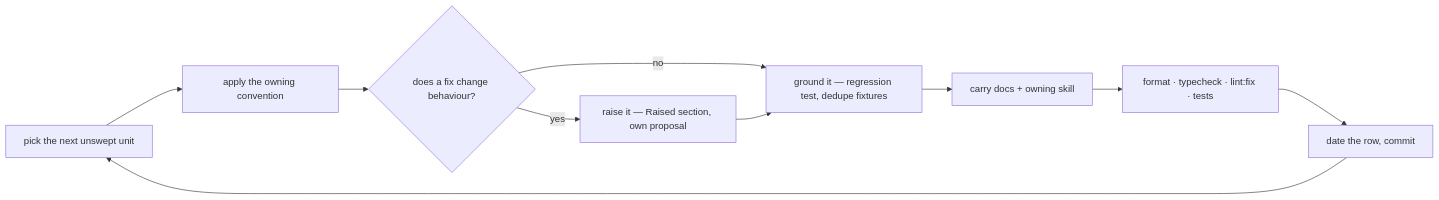
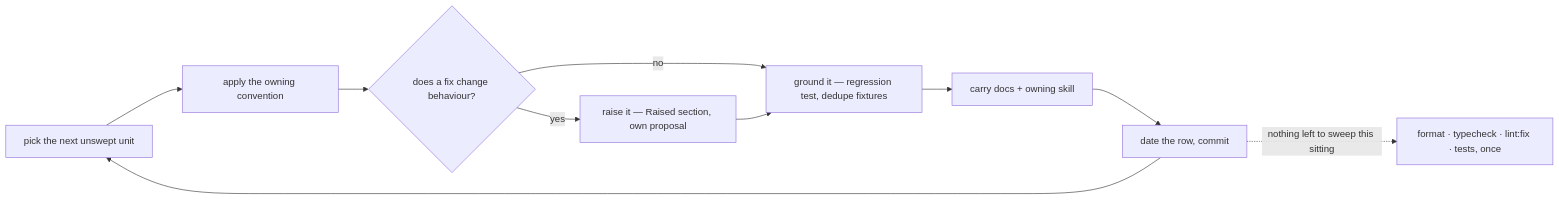
One commit to Esposter/Esposter changed the diagram in .agents/skills/sweeps/SKILL.md. Above: the diagram before and after it, drawn with Mermaid. The commit also changed 8 other files, not shown here.

````diff
--- a/.agents/skills/sweeps/SKILL.md
+++ b/.agents/skills/sweeps/SKILL.md
@@ -24,12 +24,12 @@
 ```mermaid
 flowchart LR
   PICK["pick the next unswept unit"] --> APPLY["apply the owning convention"]
   APPLY --> GATE{"does a fix change behaviour?"}
   GATE -->|"yes"| RAISE["raise it — Raised section, own proposal"]
   GATE -->|"no"| TESTS["ground it — regression test, dedupe fixtures"]
   RAISE --> TESTS
   TESTS --> CARRY["carry docs + owning skill"]
-  CARRY --> CHECK["format · typecheck · lint:fix · tests"]
-  CHECK --> TICK["date the row, commit"]
+  CARRY --> TICK["date the row, commit"]
   TICK --> PICK
+  TICK -.->|"nothing left to sweep this sitting"| CHECK["format · typecheck · lint:fix · tests, once"]
 ```
````
